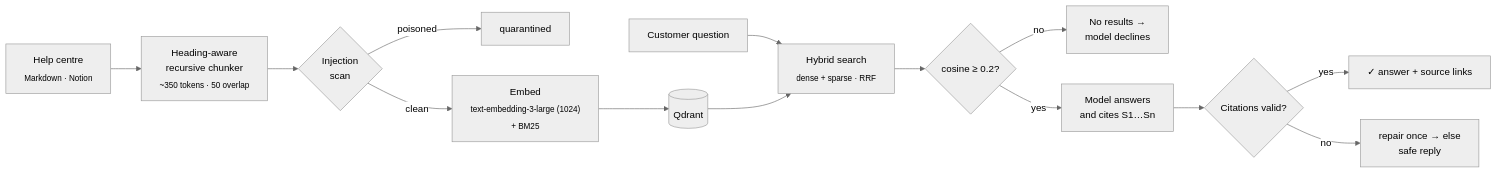
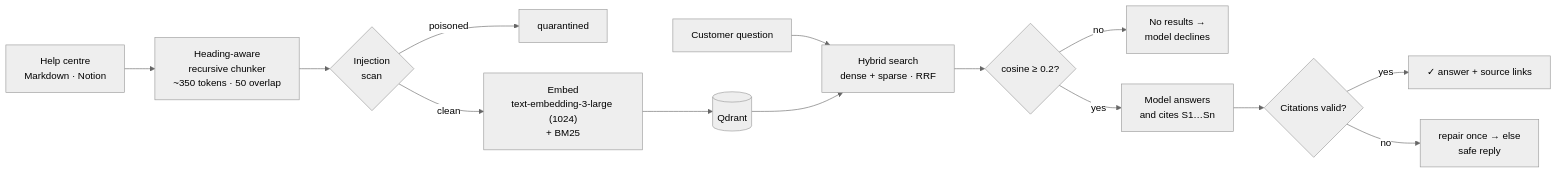
Before and after one commit to AICODER009/shopdesk: the fourth of 4 diagrams in README.md, drawn with Mermaid (neutral theme). The commit also changed other lines of this file and 7 other files, not shown here.

First line of the commit message:
Add architecture and running guides, Docker Compose stack, SQLite storage

````diff
--- a/README.md
+++ b/README.md
@@ -210,16 +208,16 @@
 ```mermaid
 flowchart LR
-    D["Help centre<br/><sub>Markdown · Notion</sub>"] --> CH["Heading-aware<br/>recursive chunker<br/><sub>~350 tokens · 50 overlap</sub>"]
+    D["Help centre<br/>Markdown · Notion"] --> CH["Heading-aware<br/>recursive chunker<br/>~350 tokens · 50 overlap"]
     CH --> QZ{"Injection<br/>scan"}
     QZ -- "poisoned" --> X["quarantined"]
-    QZ -- "clean" --> E["Embed<br/><sub>text-embedding-3-large (1024)<br/>+ BM25</sub>"]
+    QZ -- "clean" --> E["Embed<br/>text-embedding-3-large (1024)<br/>+ BM25"]
     E --> QD[("Qdrant")]
-    Q["Customer question"] --> HY["Hybrid search<br/><sub>dense + sparse · RRF</sub>"]
+    Q["Customer question"] --> HY["Hybrid search<br/>dense + sparse · RRF"]
     QD --> HY
     HY --> F{"cosine ≥ 0.2?"}
     F -- "no" --> NR["No results →<br/>model declines"]
     F -- "yes" --> M["Model answers<br/>and cites S1…Sn"]
     M --> V{"Citations valid?"}
     V -- "yes" --> OK["✓ answer + source links"]
     V -- "no" --> RP["repair once → else<br/>safe reply"]
 ```
````
